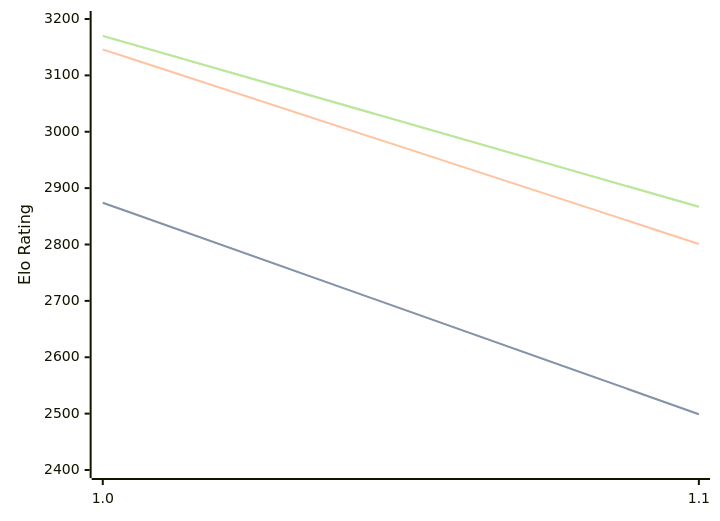
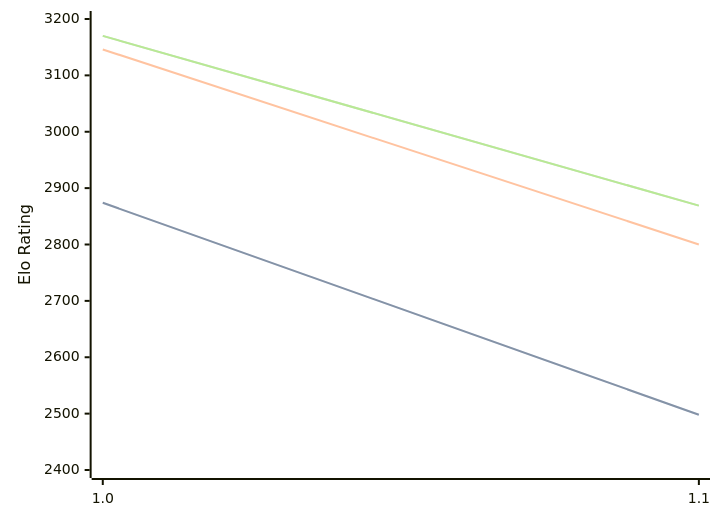
One commit to computer-chess-index/cci changed the diagram in engines/Publius.md. Above: the diagram before and after it, drawn with Mermaid. The commit also changed other lines of this file, not shown here.

Commit message:
Update CCI Ratings (ELO VLTC) - 2026-03-18

````diff
--- a/engines/Publius.md
+++ b/engines/Publius.md
@@ -30,11 +30,11 @@
 ```mermaid
 %%{init: {"theme":"base","themeVariables":{"seriesColors:['#a3a3a3','#222221','#faa371']}}}%%
 xychart-beta
   x-axis ["1.0", "1.1"]
   y-axis "Elo Rating" 2400 --> 3200
-  line "STC (8.0+0.08s)" [2874, 2499]
-  line "STC (8.0+0.08s)" [2874, 2499]
-  line "LTC (60.0+0.60s)" [3146, 2801]
-  line "VLTC (2m24s+1.12s)" [3170, 2867]
-  line "VLTC (2m24s+1.12s)" [3170, 2867]
+  line "STC (8.0+0.08s)" [2874, 2498]
+  line "STC (8.0+0.08s)" [2874, 2498]
+  line "LTC (60.0+0.60s)" [3146, 2800]
+  line "VLTC (2m24s+1.12s)" [3170, 2869]
+  line "VLTC (2m24s+1.12s)" [3170, 2869]
 ```
````
